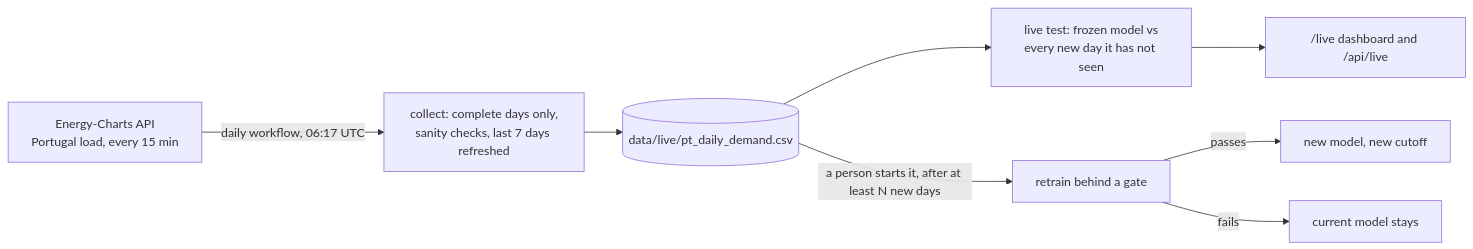
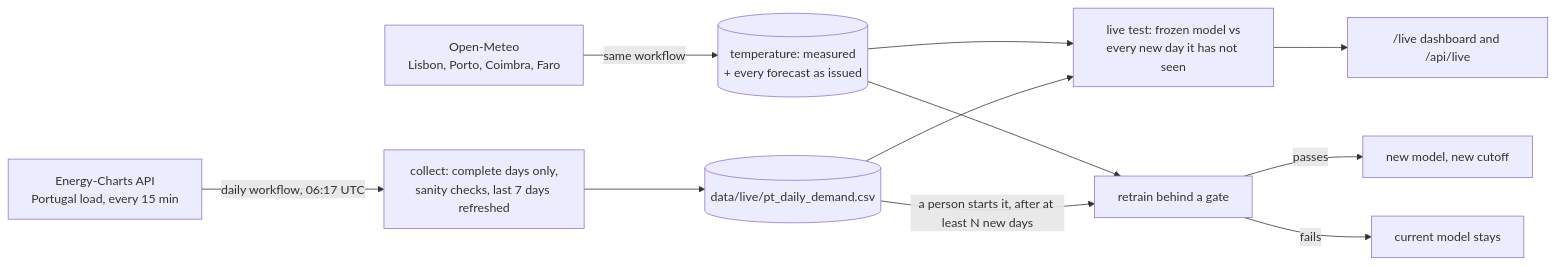
One commit to saeedm31/energy-demand-forecast changed the diagram in README.md. Above: the diagram before and after it, drawn with Mermaid. The commit also changed other lines of this file, not shown here.

First line of the commit message:
README: temperature in live mode

````diff
--- a/README.md
+++ b/README.md
@@ -111,10 +112,13 @@
 ```mermaid
 flowchart LR
   EC[Energy-Charts API<br/>Portugal load, every 15 min] -->|daily workflow, 06:17 UTC| C[collect: complete days only,<br/>sanity checks, last 7 days refreshed]
+  OM[Open-Meteo<br/>Lisbon, Porto, Coimbra, Faro] -->|same workflow| W[(temperature: measured<br/>+ every forecast as issued)]
+  W --> E
+  W --> R
   C --> D[(data/live/pt_daily_demand.csv)]
   D --> E[live test: frozen model vs<br/>every new day it has not seen]
   D -->|a person starts it, after at least N new days| R[retrain behind a gate]
   R -->|passes| M[new model, new cutoff]
   R -->|fails| K[current model stays]
   E --> UI["/live dashboard and /api/live"]
 ```
````
